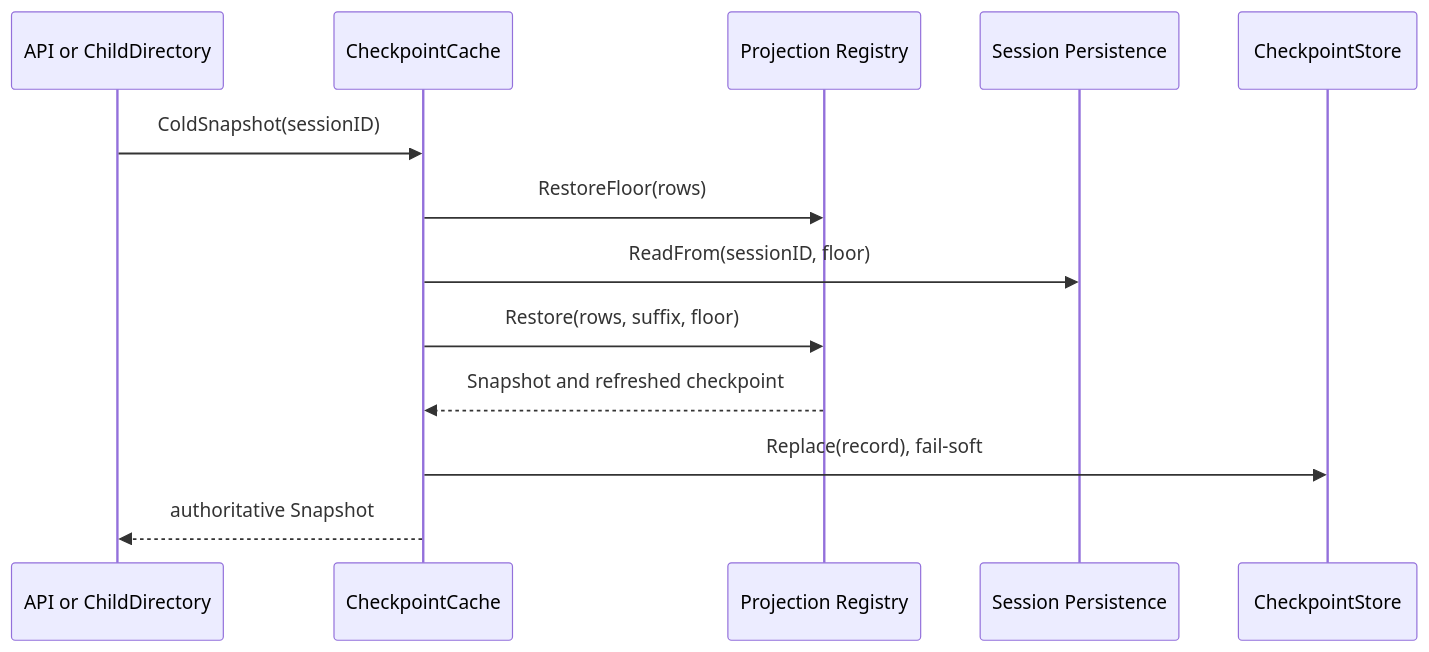
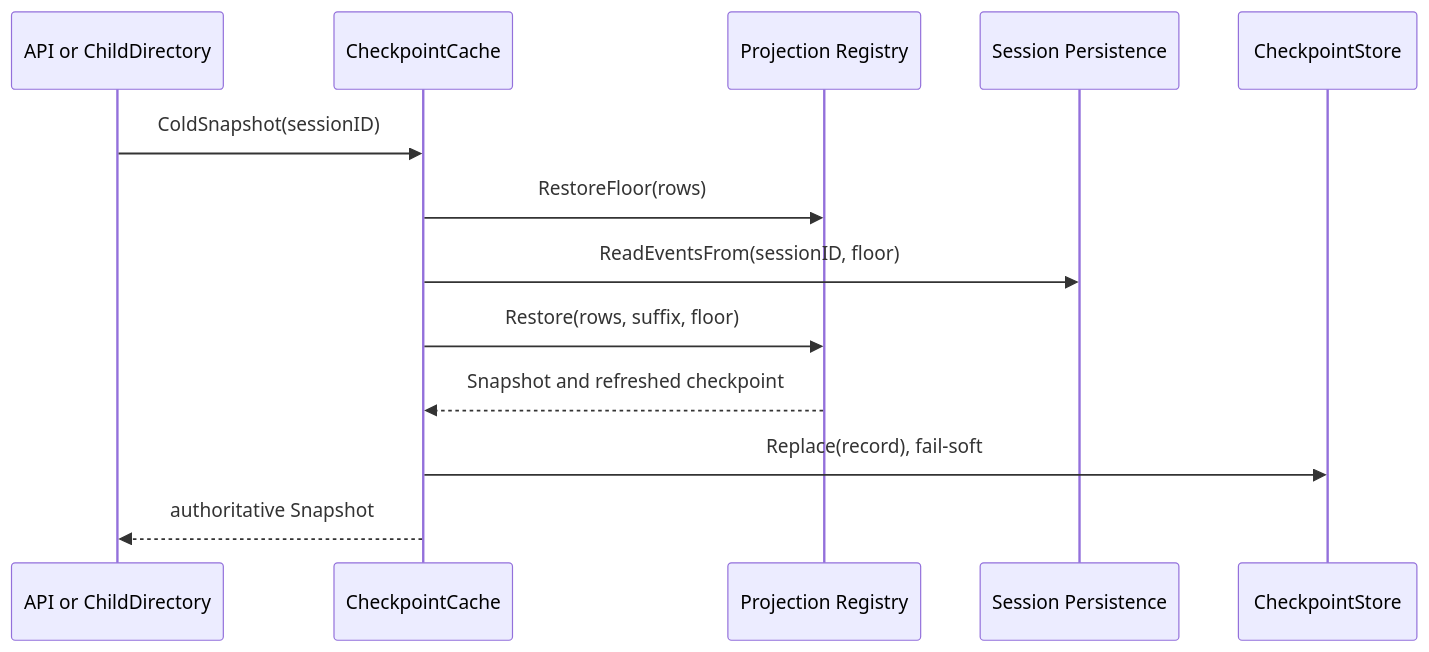
One commit to gorenx/goren changed the first of 2 diagrams in session/projectioncache/README.zh-CN.md. Above: the diagram before and after it, drawn with Mermaid. The commit also changed other lines of this file and 3 other files, not shown here.

````diff
--- a/session/projectioncache/README.zh-CN.md
+++ b/session/projectioncache/README.zh-CN.md
@@ -20,16 +20,16 @@
 ```mermaid
 sequenceDiagram
     participant Consumer as API or ChildDirectory
     participant Cache as CheckpointCache
     participant Registry as Projection Registry
     participant Persistence as Session Persistence
     participant Store as CheckpointStore
 
     Consumer->>Cache: ColdSnapshot(sessionID)
     Cache->>Registry: RestoreFloor(rows)
-    Cache->>Persistence: ReadFrom(sessionID, floor)
+    Cache->>Persistence: ReadEventsFrom(sessionID, floor)
     Cache->>Registry: Restore(rows, suffix, floor)
     Registry-->>Cache: Snapshot and refreshed checkpoint
     Cache->>Store: Replace(record), fail-soft
     Cache-->>Consumer: authoritative Snapshot
 ```
````
